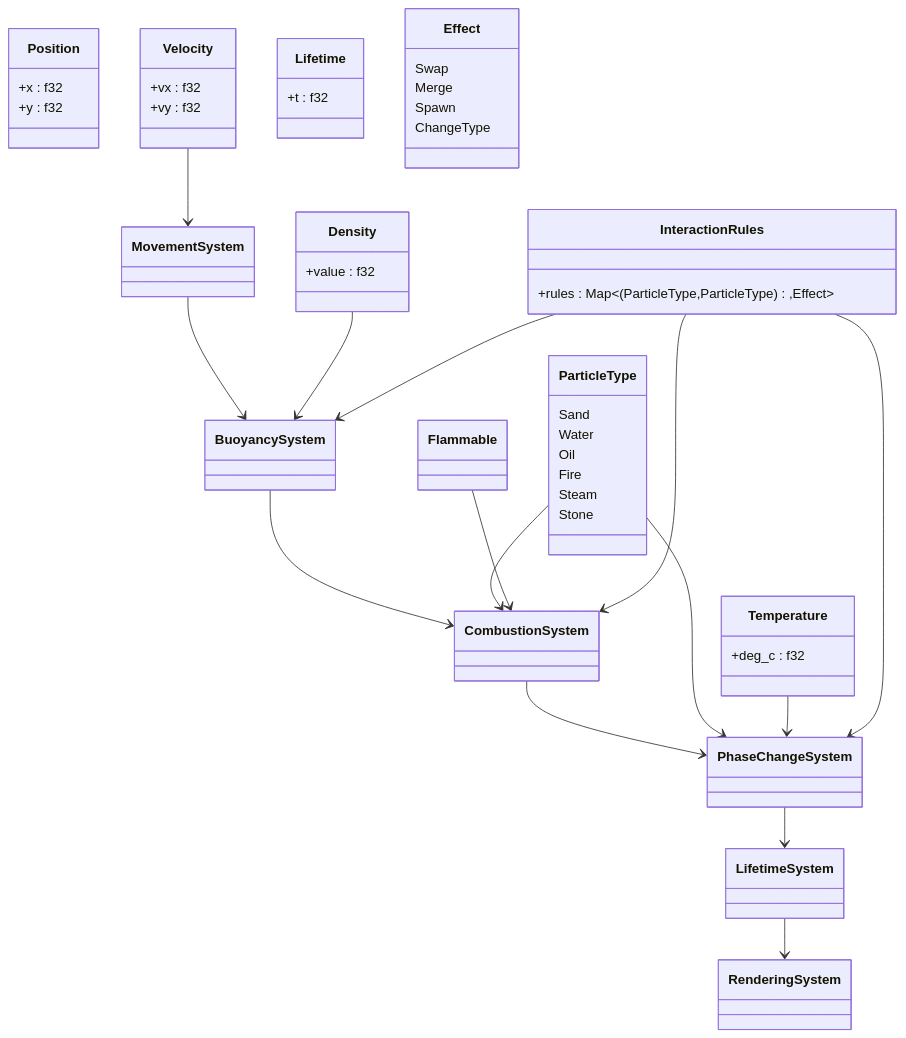
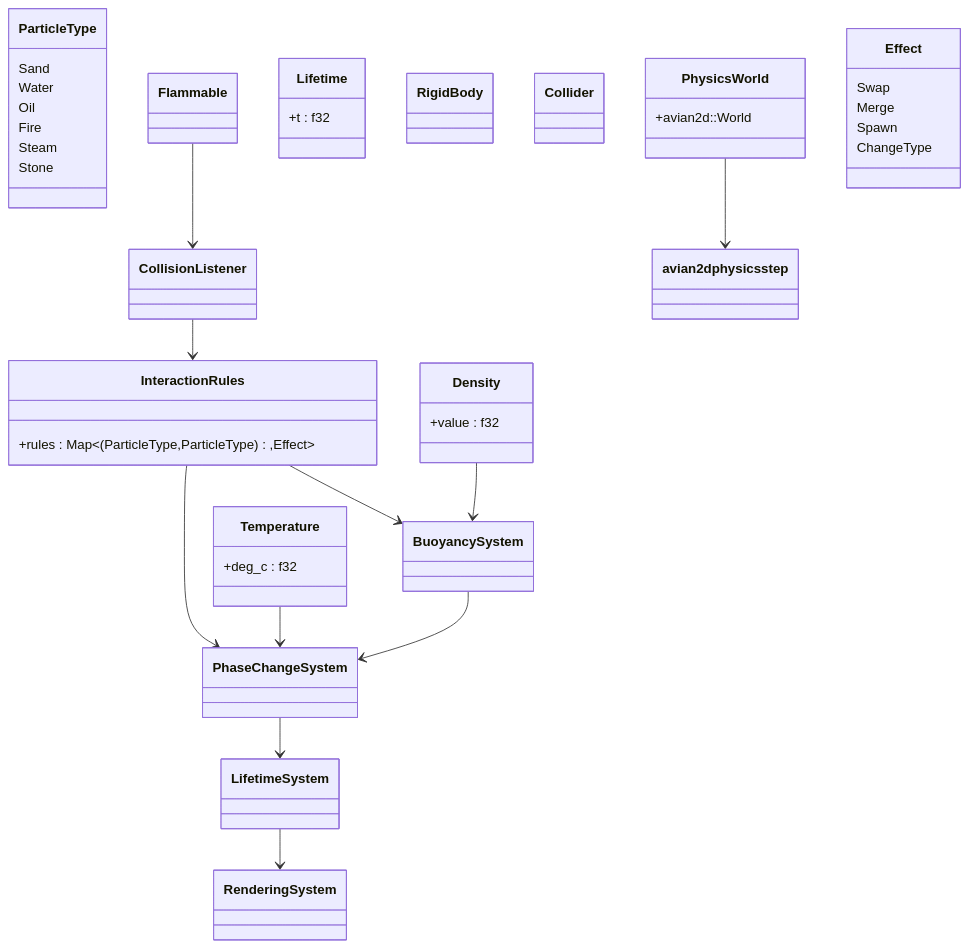
One commit to philiplinden/bevy-jam-6 changed the first of 2 diagrams in docs/design.md. Above: the diagram before and after it, drawn with Mermaid. The commit also changed other lines of this file, not shown here.

Commit message:
update design doc to include avian

````diff
--- a/docs/design.md
+++ b/docs/design.md
@@ -14,67 +14,64 @@
 ```mermaid
 classDiagram
-    %% Core Components
-    class Position {
-      +x : f32
-      +y : f32
-    }
-    class Velocity {
-      +vx : f32
-      +vy : f32
-    }
+    %% Trait Components
     class ParticleType {
       Sand
       Water
       Oil
       Fire
       Steam
       Stone
     }
     class Density {
       +value : f32
     }
     class Temperature {
       +deg_c : f32
     }
     class Flammable {
     }
     class Lifetime {
       +t : f32
     }
 
+    %% avian2d Physics Components & Resource
+    class RigidBody {
+    }
+    class Collider {
+    }
+    class PhysicsWorld {
+      +avian2d::World
+    }
+
     %% Data-Driven Rules
     class InteractionRules {
       +rules : Map<(ParticleType,ParticleType),Effect>
     }
     class Effect {
       Swap
       Merge
       Spawn
       ChangeType
     }
 
     %% Systems
-    class MovementSystem
+    class CollisionListener
     class BuoyancySystem
-    class CombustionSystem
     class PhaseChangeSystem
     class LifetimeSystem
     class RenderingSystem
 
-    %% Relations
-    MovementSystem      --> BuoyancySystem
-    BuoyancySystem      --> CombustionSystem
-    CombustionSystem    --> PhaseChangeSystem
-    PhaseChangeSystem   --> LifetimeSystem
-    LifetimeSystem      --> RenderingSystem
+    %% Relationships
+    PhysicsWorld     --> avian2d physics step
+    CollisionListener --> InteractionRules
+    InteractionRules  --> BuoyancySystem
+    InteractionRules  --> PhaseChangeSystem
 
-    Density            --> BuoyancySystem
-    Velocity           --> MovementSystem
-    ParticleType       --> CombustionSystem
-    ParticleType       --> PhaseChangeSystem
-    Temperature        --> PhaseChangeSystem
-    Flammable          --> CombustionSystem
-    InteractionRules   --> BuoyancySystem
-    InteractionRules   --> CombustionSystem
-    InteractionRules   --> PhaseChangeSystem
+    Density          --> BuoyancySystem
+    Temperature      --> PhaseChangeSystem
+    Flammable        --> CollisionListener
+
+    BuoyancySystem   --> PhaseChangeSystem
+    PhaseChangeSystem --> LifetimeSystem
+    LifetimeSystem   --> RenderingSystem
 ```
````
